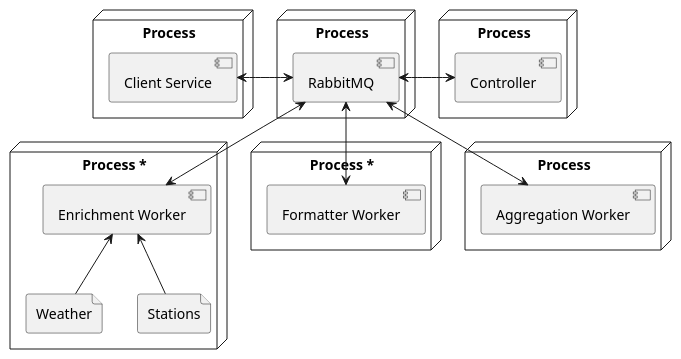
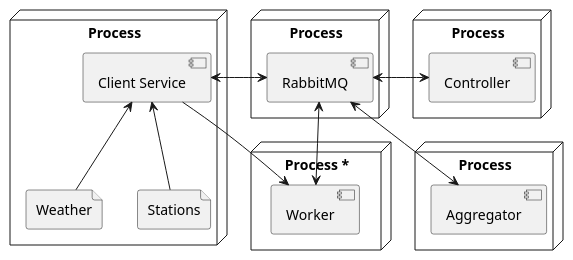
One commit to n-zu/DISTRIBUIDOS-TP1 changed the diagram in docs/plantuml/deployment.puml. Above: the diagram before and after it, drawn with PlantUML. The commit also changed 1 other file, not shown here.

Commit message:
architecture

```diff
--- a/docs/plantuml/deployment.puml
+++ b/docs/plantuml/deployment.puml
@@ -1,33 +1,31 @@
 @startuml
 
 node rp as "Process" {
   component mq as "RabbitMQ"
 }
 node cop as "Process" {
   component co as "Controller"
 }
 node csp as "Process" {
   component cs as "Client Service"
-}
-node ewp as "Process *" {
-  component ew as "Enrichment Worker"
   file Weather
   file Stations
 }
-node fwp as "Process *" {
-  component fw as "Formatter Worker"
+node ewp as "Process *" {
+  component ew as "Worker"
+
 }
 node awp as "Process" {
-  component aw as "Aggregation Worker"
+  component aw as "Aggregator"
 }
 
 cs <-> mq
 mq <-> co
 mq <--> ew
 mq <--> aw
-mq <--> fw
+cs --> ew
 
-ew <-- Weather
-ew <-- Stations
+cs <-- Weather
+cs <-- Stations
 
 @enduml
```
